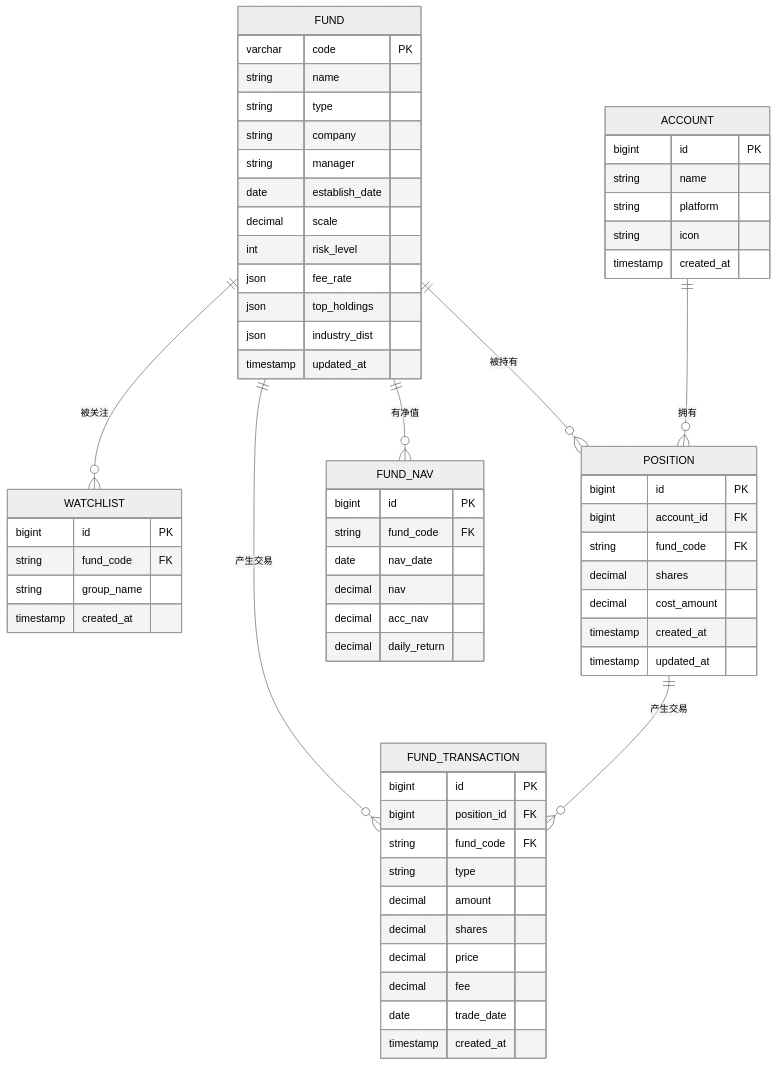
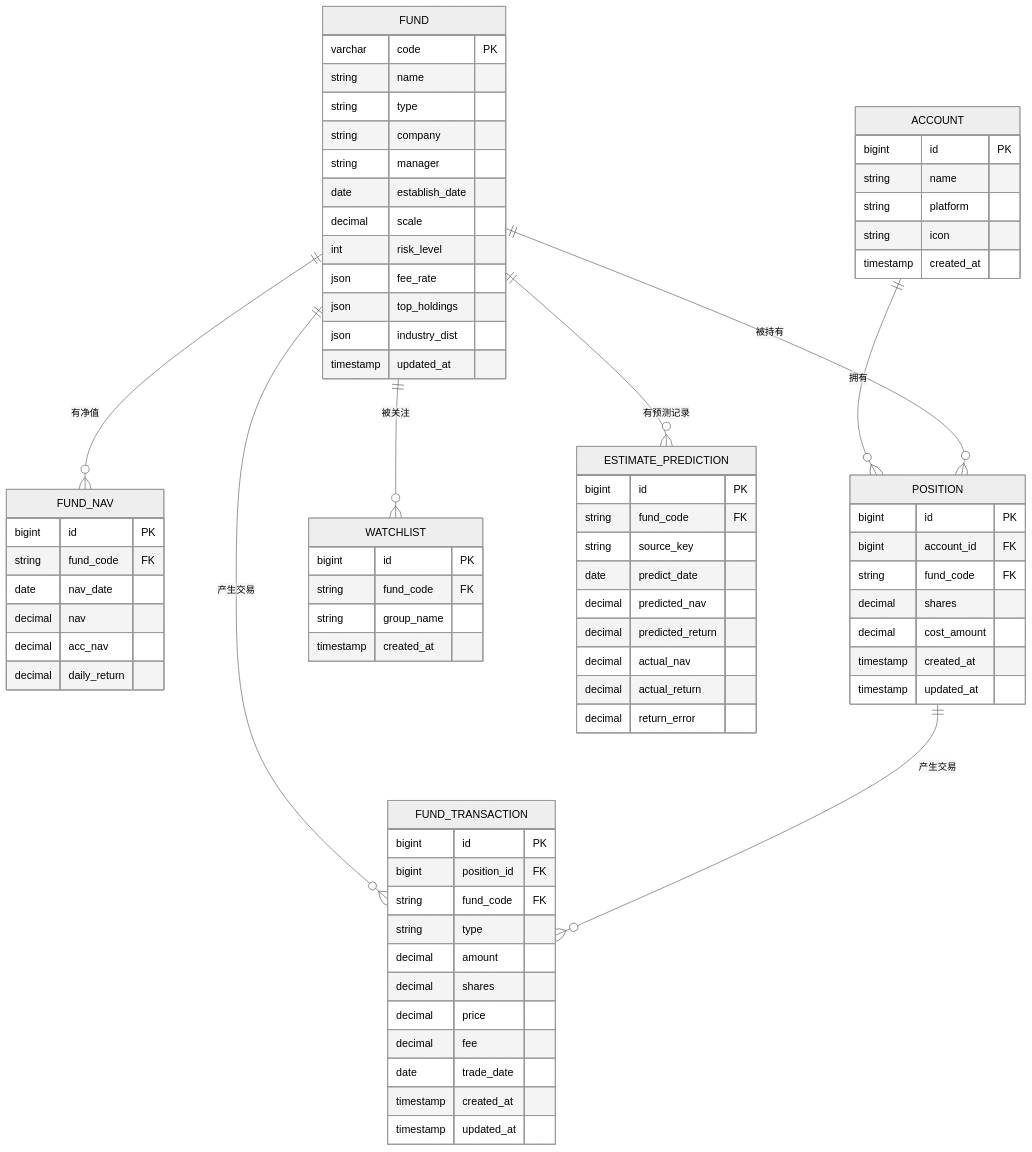
One commit to gree-coder/fund-butler changed the fourth of 21 diagrams in .qoder/repowiki/zh/content/核心功能开发/核心功能开发.md. Above: the diagram before and after it, drawn with Mermaid (neutral theme). The commit also changed other lines of this file and 9 other files, not shown here.

````diff
--- a/.qoder/repowiki/zh/content/核心功能开发/核心功能开发.md
+++ b/.qoder/repowiki/zh/content/核心功能开发/核心功能开发.md
@@ -235,65 +253,78 @@
 ```mermaid
 erDiagram
 ACCOUNT {
 bigint id PK
 string name
 string platform
 string icon
 timestamp created_at
 }
 FUND {
 varchar code PK
 string name
 string type
 string company
 string manager
 date establish_date
 decimal scale
 int risk_level
 json fee_rate
 json top_holdings
 json industry_dist
 timestamp updated_at
 }
 FUND_NAV {
 bigint id PK
 string fund_code FK
 date nav_date
 decimal nav
 decimal acc_nav
 decimal daily_return
 }
 POSITION {
 bigint id PK
 bigint account_id FK
 string fund_code FK
 decimal shares
 decimal cost_amount
 timestamp created_at
 timestamp updated_at
 }
 FUND_TRANSACTION {
 bigint id PK
 bigint position_id FK
 string fund_code FK
 string type
 decimal amount
 decimal shares
 decimal price
 decimal fee
 date trade_date
 timestamp created_at
+timestamp updated_at
 }
 WATCHLIST {
 bigint id PK
 string fund_code FK
 string group_name
 timestamp created_at
 }
+ESTIMATE_PREDICTION {
+bigint id PK
+string fund_code FK
+string source_key
+date predict_date
+decimal predicted_nav
+decimal predicted_return
+decimal actual_nav
+decimal actual_return
+decimal return_error
+}
 ACCOUNT ||--o{ POSITION : "拥有"
 FUND ||--o{ POSITION : "被持有"
 FUND ||--o{ FUND_NAV : "有净值"
 FUND ||--o{ FUND_TRANSACTION : "产生交易"
 POSITION ||--o{ FUND_TRANSACTION : "产生交易"
 FUND ||--o{ WATCHLIST : "被关注"
+FUND ||--o{ ESTIMATE_PREDICTION : "有预测记录"
 ```
````
